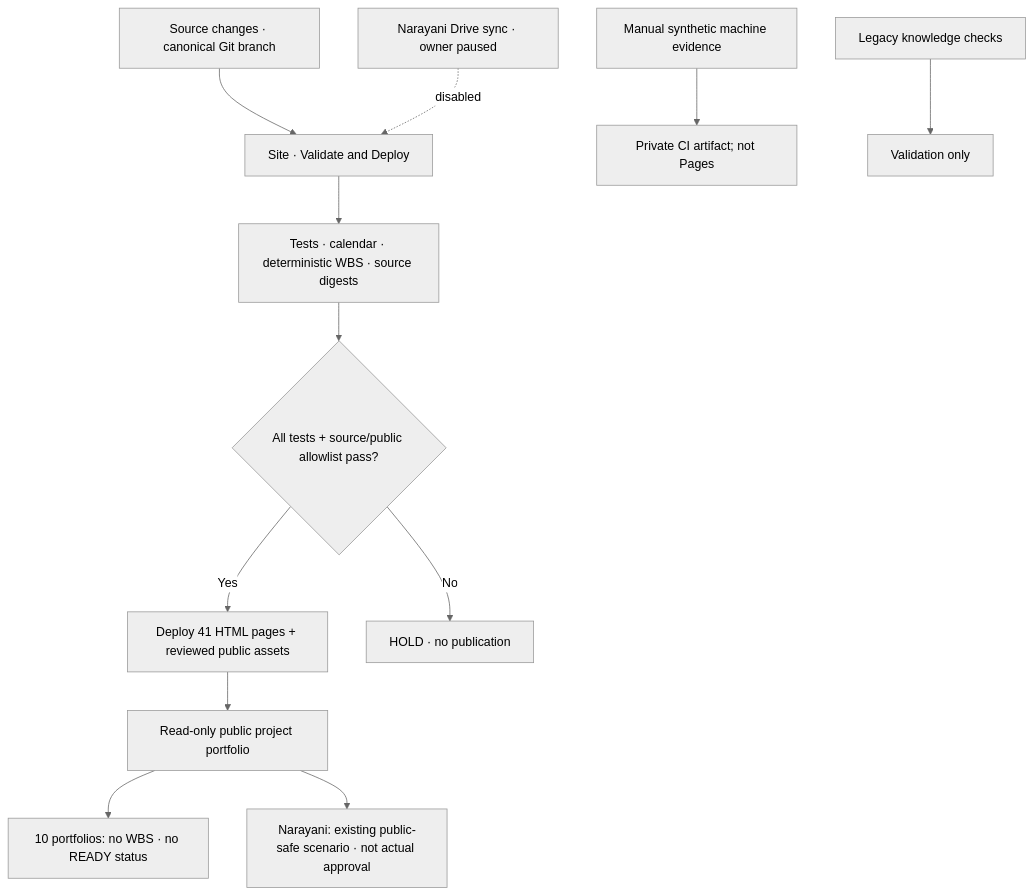
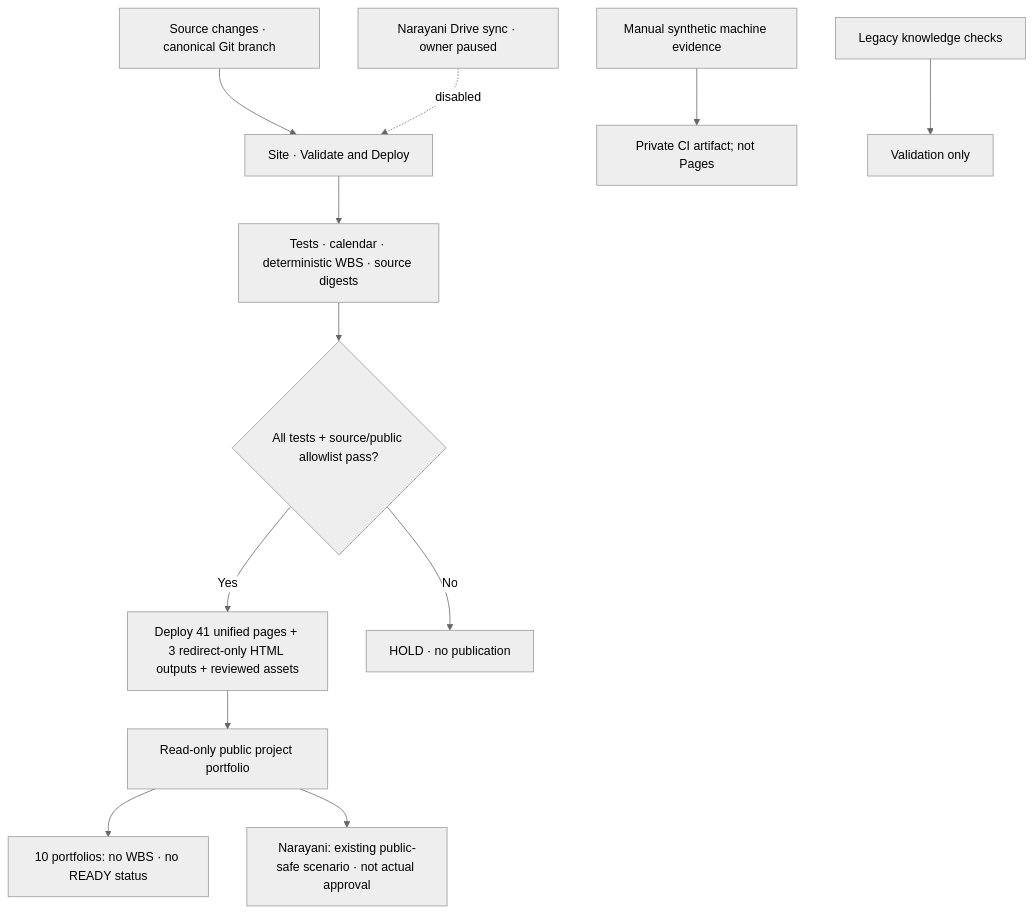
Before and after one commit to FabinGurung/JP_Scheduling_Work_and_Resources_Management: the second of 2 diagrams in docs/SKYFORGE_PORTFOLIO_QA_HIERARCHY_20261109.md, drawn with Mermaid (neutral theme). The commit also changed other lines of this file, not shown here.

Commit message:
docs(qa): reconcile 44 published HTML outputs versus 41 unified nonredirect pages reported by CI

````diff
--- a/docs/SKYFORGE_PORTFOLIO_QA_HIERARCHY_20261109.md
+++ b/docs/SKYFORGE_PORTFOLIO_QA_HIERARCHY_20261109.md
@@ -205,15 +205,15 @@
 ```mermaid
 flowchart TD
   G["Source changes · canonical Git branch"]
   G --> CI["Site · Validate and Deploy"]
   CI --> T["Tests · calendar · deterministic WBS · source digests"]
   T --> Build{"All tests + source/public allowlist pass?"}
-  Build -->|Yes| Pages["Deploy 41 HTML pages + reviewed public assets"]
+  Build -->|Yes| Pages["Deploy 41 unified pages + 3 redirect-only HTML outputs + reviewed assets"]
   Build -->|No| Hold["HOLD · no publication"]
   S["Narayani Drive sync · owner paused"] -. disabled .-> CI
   Man["Manual synthetic machine evidence"] --> Art["Private CI artifact; not Pages"]
   Archive["Legacy knowledge checks"] --> Only["Validation only"]
   Pages --> Site["Read-only public project portfolio"]
   Site --> Unknown["10 portfolios: no WBS · no READY status"]
   Site --> Nar["Narayani: existing public-safe scenario · not actual approval"]
 ```
````
